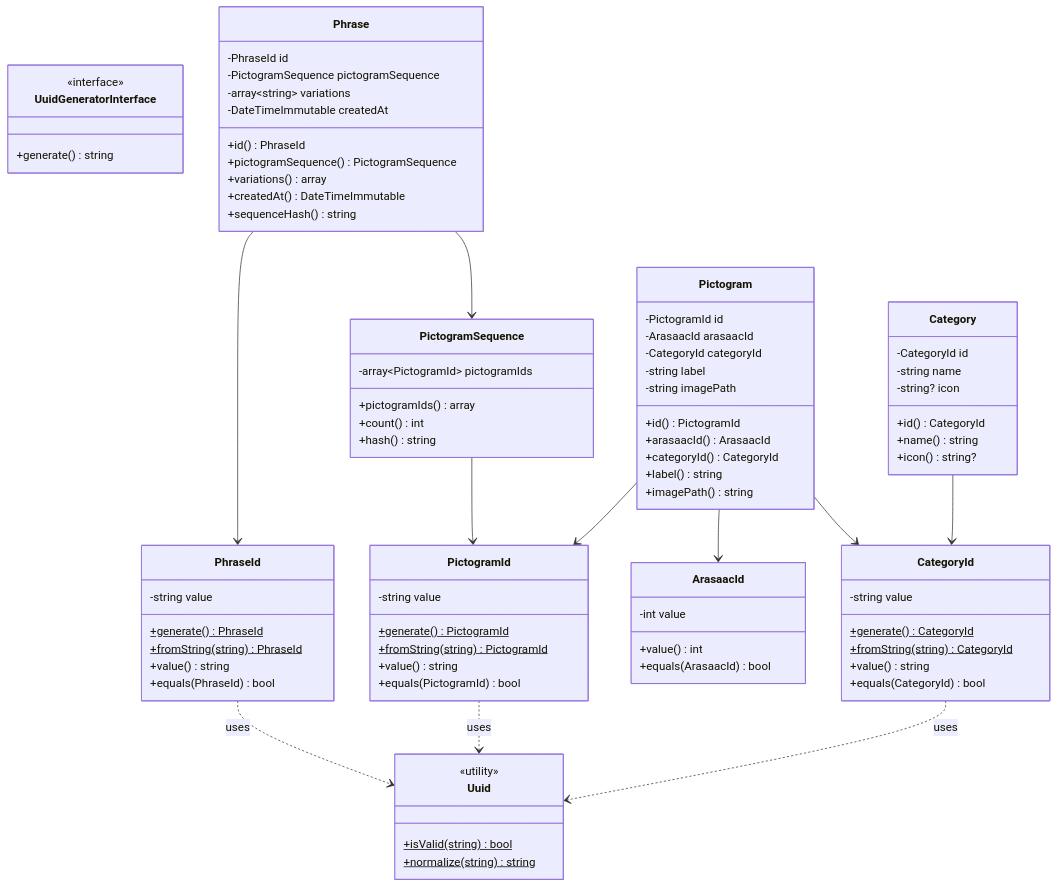
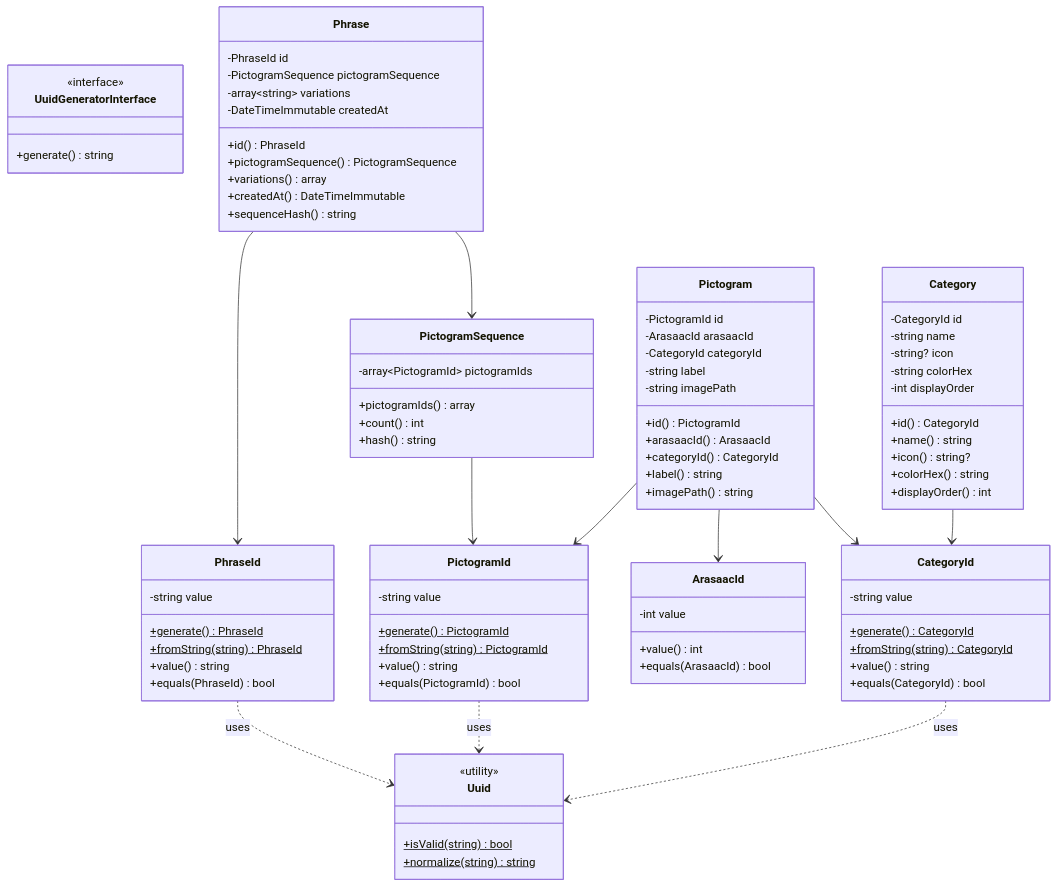
Before and after one commit to luismiglezmohino/HablaIA: the first of 5 diagrams in docs/diagrams/domain-layer.md, drawn with Mermaid. The commit also changed other lines of this file and 9 other files, not shown here.

```diff
--- a/docs/diagrams/domain-layer.md
+++ b/docs/diagrams/domain-layer.md
@@ -25,9 +25,13 @@
         -CategoryId id
         -string name
         -string? icon
+        -string colorHex
+        -int displayOrder
         +id() CategoryId
         +name() string
         +icon() string?
+        +colorHex() string
+        +displayOrder() int
     }
 
     class CategoryId {
```
